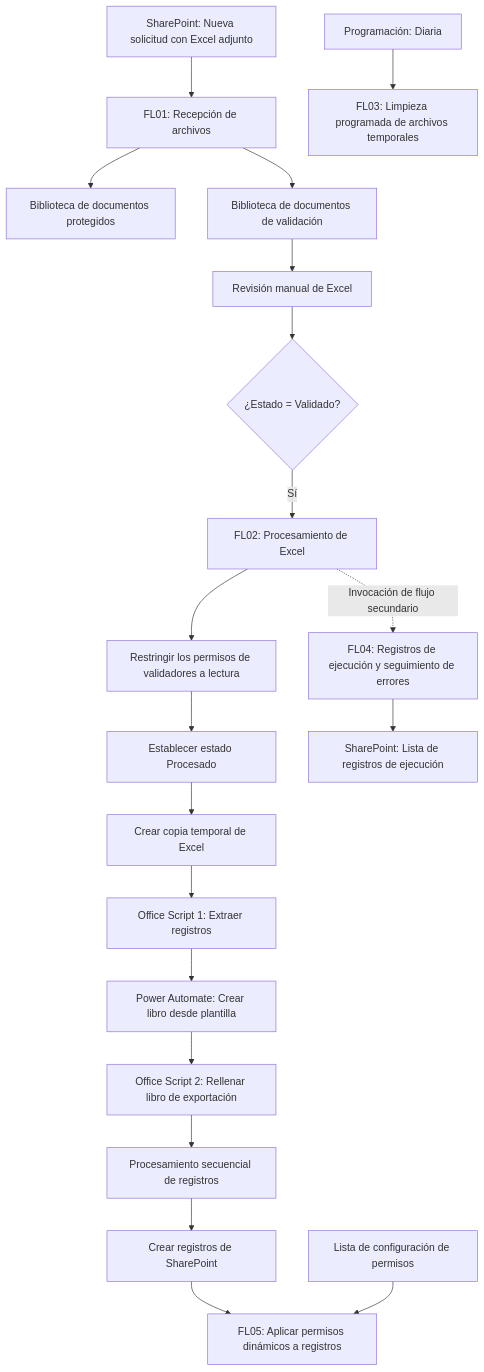
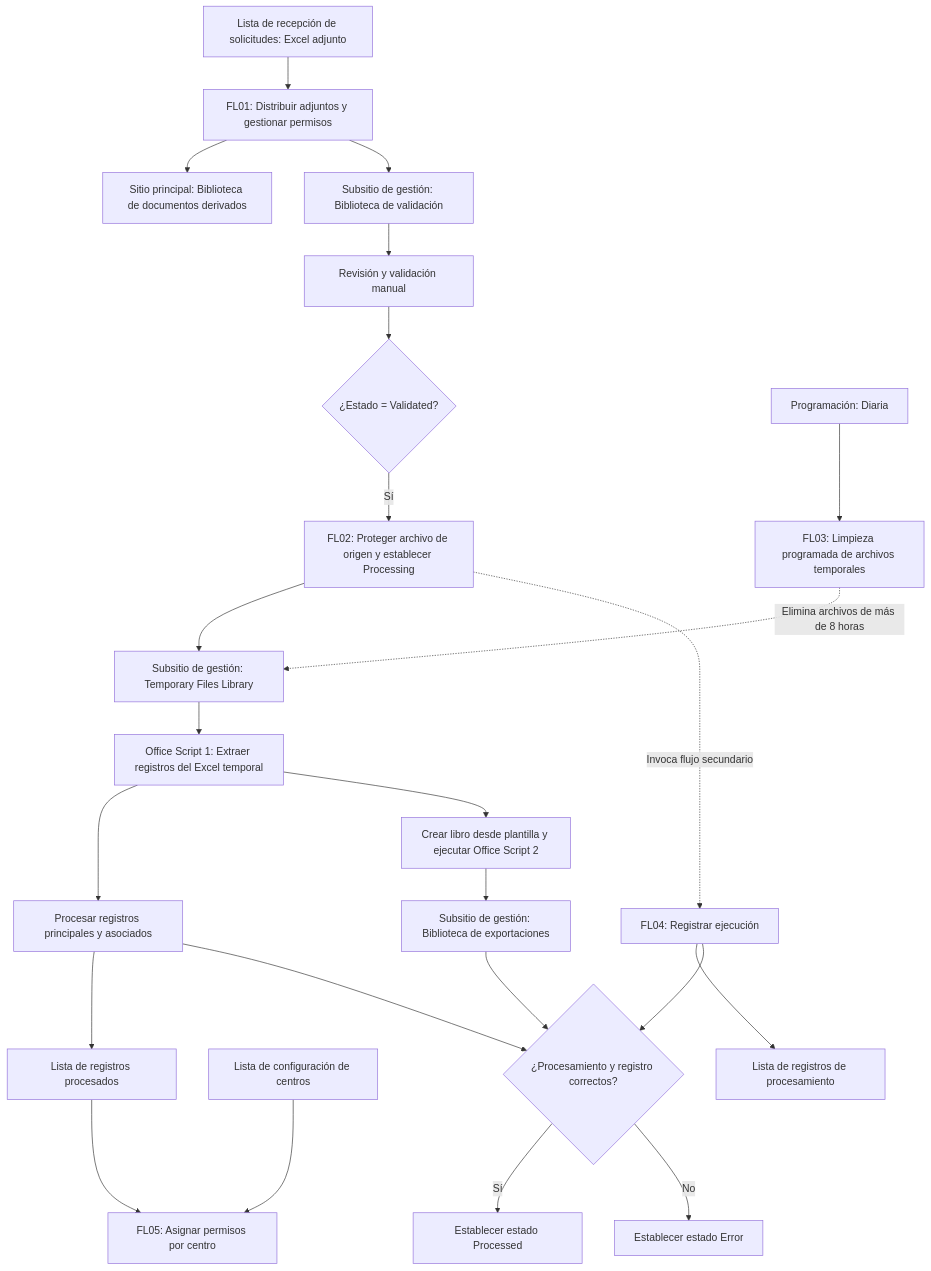
The diagram in Power-Automate/SharePoint-Excel-Automation/docs/architecture.md (smartinmunoz/power-platform-portfolio-es), drawn with Mermaid before and after one commit. The commit also changed other lines of this file, not shown here.

Commit message:
docs: actualizar diagrama de arquitectura a cuatro bibliotecas y estados FL02

````diff
--- a/Power-Automate/SharePoint-Excel-Automation/docs/architecture.md
+++ b/Power-Automate/SharePoint-Excel-Automation/docs/architecture.md
@@ -11,44 +13,49 @@
 ```mermaid
 flowchart TD
-    A["SharePoint: Nueva solicitud con Excel adjunto"]
-    B["FL01: Recepción de archivos"]
-    C["Biblioteca de documentos protegidos"]
-    D["Biblioteca de documentos de validación"]
-    E["Revisión manual de Excel"]
-    F{"¿Estado = Validado?"}
-    G["FL02: Procesamiento de Excel"]
-    H["Restringir los permisos de validadores a lectura"]
-    I["Establecer estado Procesado"]
-    J["Crear copia temporal de Excel"]
-    K["Office Script 1: Extraer registros"]
-    L["Power Automate: Crear libro desde plantilla"]
-    M["Office Script 2: Rellenar libro de exportación"]
-    N["Procesamiento secuencial de registros"]
-    O["Crear registros de SharePoint"]
-    P["FL05: Aplicar permisos dinámicos a registros"]
-    Q["Lista de configuración de permisos"]
-    R["FL03: Limpieza programada de archivos temporales"]
-    T["FL04: Registros de ejecución y seguimiento de errores"]
-    U["SharePoint: Lista de registros de ejecución"]
+    A["Lista de recepción de solicitudes: Excel adjunto"]
+    B["FL01: Distribuir adjuntos y gestionar permisos"]
+    C["Sitio principal: Biblioteca de documentos derivados"]
+    D["Subsitio de gestión: Biblioteca de validación"]
+    E["Revisión y validación manual"]
+    F{"¿Estado = Validated?"}
+    G["FL02: Proteger archivo de origen y establecer Processing"]
+    H["Subsitio de gestión: Temporary Files Library"]
+    I["Office Script 1: Extraer registros del Excel temporal"]
+    J["Procesar registros principales y asociados"]
+    K["Lista de registros procesados"]
+    L["FL05: Asignar permisos por centro"]
+    M["Lista de configuración de centros"]
+    N["Crear libro desde plantilla y ejecutar Office Script 2"]
+    O["Subsitio de gestión: Biblioteca de exportaciones"]
+    P["FL04: Registrar ejecución"]
+    Q["Lista de registros de procesamiento"]
+    R{"¿Procesamiento y registro correctos?"}
+    S["Establecer estado Processed"]
+    T["Establecer estado Error"]
+    U["FL03: Limpieza programada de archivos temporales"]
+    V["Programación: Diaria"]
 
     A --> B
     B --> C
     B --> D
     D --> E
     E --> F
     F -->|Sí| G
     G --> H
     H --> I
     I --> J
     J --> K
+    M --> L
     K --> L
-    L --> M
-    M --> N
+    I --> N
     N --> O
-    O --> P
-    Q --> P
-    G -.->|"Invocación de flujo secundario"| T
-    T --> U
-    S["Programación: Diaria"]
-    S --> R
+    G -.->|Invoca flujo secundario| P
+    P --> Q
+    J --> R
+    O --> R
+    P --> R
+    R -->|Sí| S
+    R -->|No| T
+    V --> U
+    U -.->|Elimina archivos de más de 8 horas| H
 ```
````
